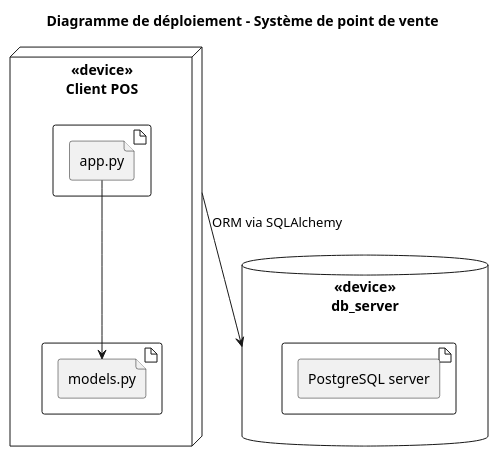
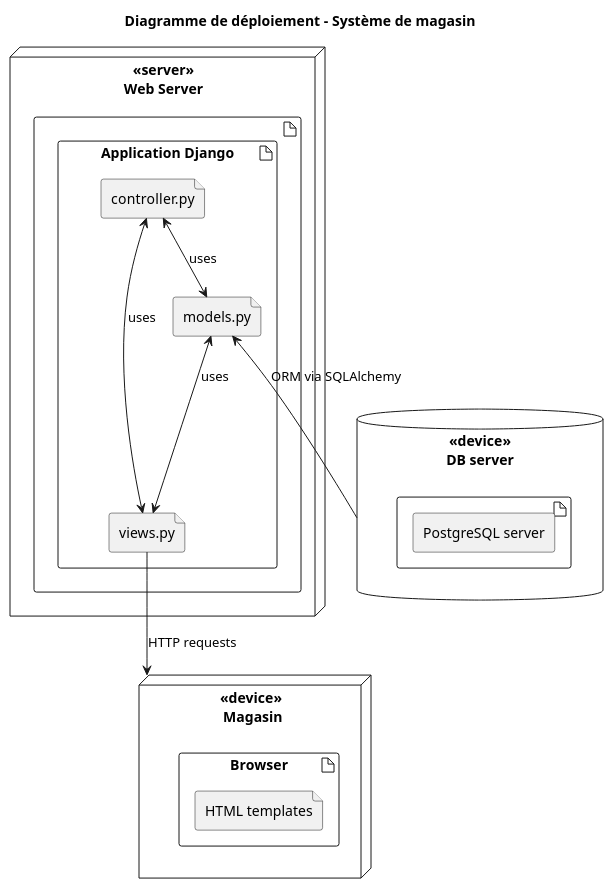
The diagram in docs/diagrams/deployment_diagram.puml (LojanArunasalam/LOG430-Lab2), drawn with PlantUML before and after one commit. The commit also changed 17 other files, not shown here.

```diff
--- a/docs/diagrams/deployment_diagram.puml
+++ b/docs/diagrams/deployment_diagram.puml
@@ -1,25 +1,32 @@
 @startuml  
+top to bottom direction
+title Diagramme de déploiement - Système de magasin
+node "<<server>>\nWeb Server" { 
+    artifact { 
+        artifact "Application Django" { 
+            file "controller.py"
+            file "models.py"
+            file "views.py"
+        }
+    } 
+}
 
-
-title Diagramme de déploiement - Système de point de vente
-node "<<device>>\nClient POS" { 
-    artifact { 
-        file "app.py" 
-    }
-
-    artifact { 
-        file "models.py"
+node "<<device>>\n Magasin" { 
+    artifact "Browser" { 
+        file "HTML templates"
     }
 }
 
-database "<<device>>\ndb_server" { 
+database "<<device>>\nDB server" { 
     artifact { 
         agent "PostgreSQL server"
     }
 }
 
 
-"app.py" --> "models.py"
-"<<device>>\nClient POS" -->"<<device>>\ndb_server" : ORM via SQLAlchemy
-
+"controller.py" <--> "models.py" : uses
+"models.py" <-- "<<device>>\nDB server" : ORM via SQLAlchemy
+"controller.py" <--> "views.py" : uses
+"models.py" <--> "views.py" : uses
+"views.py" --> "<<device>>\n Magasin" : HTTP requests
 @enduml 
```
